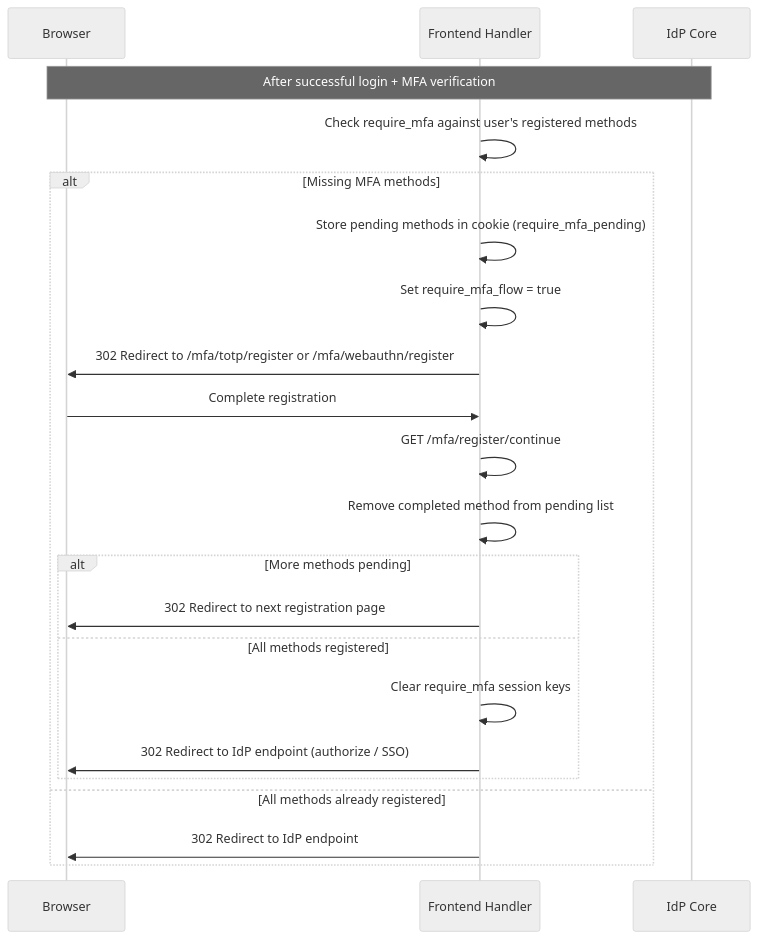
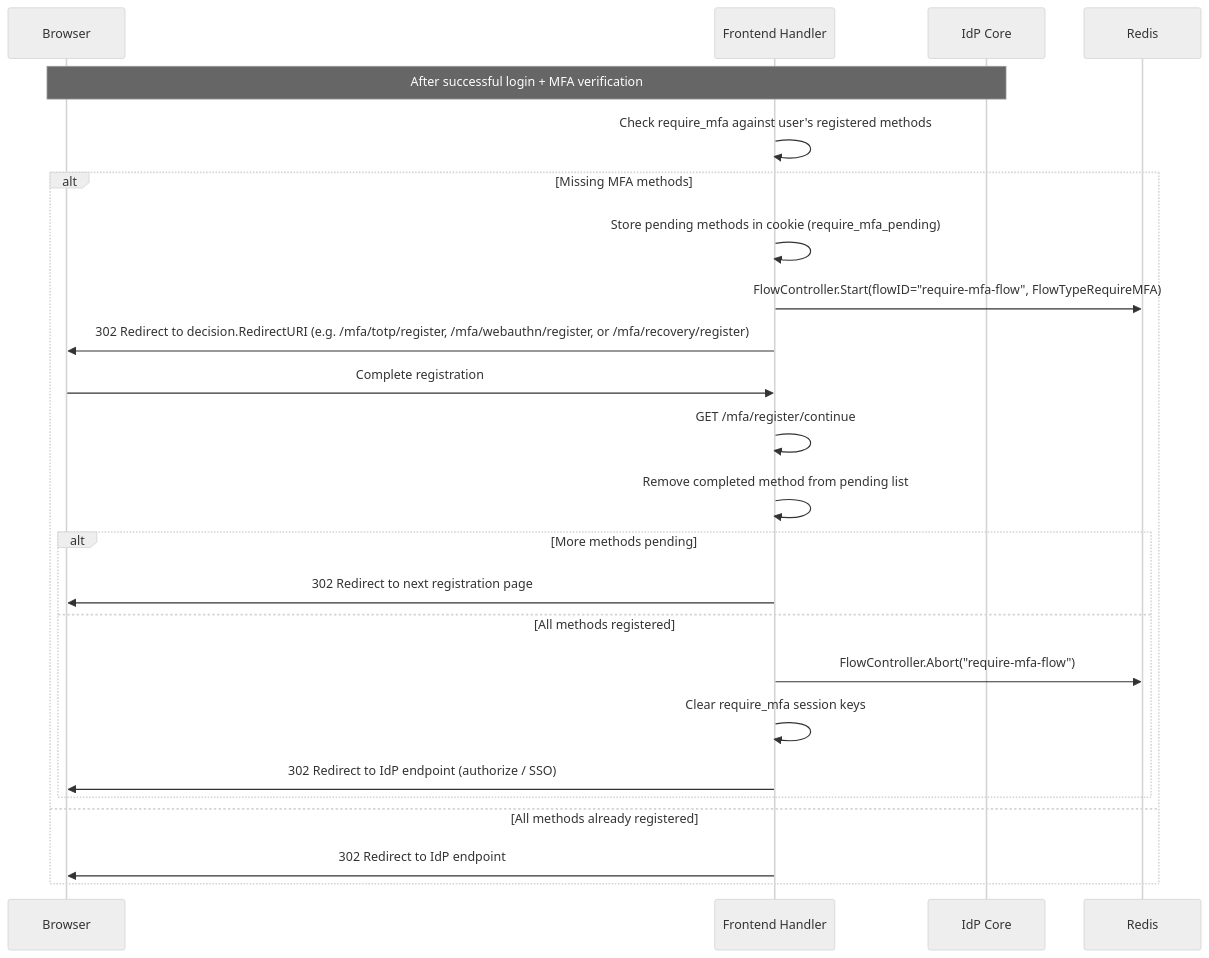
One commit to croessner/nauthilus changed the fifth of 9 diagrams in server/docs/idp.md. Above: the diagram before and after it, drawn with Mermaid (neutral theme). The commit also changed other lines of this file and 43 other files, not shown here.

First line of the commit message:
Feat: Implement IdP flow controller with state transitions and cleanup

````diff
--- a/server/docs/idp.md
+++ b/server/docs/idp.md
@@ -381,24 +414,26 @@
 ```mermaid
 sequenceDiagram
     participant B as Browser
     participant F as Frontend Handler
     participant I as IdP Core
+    participant R as Redis
     Note over B, I: After successful login + MFA verification
     F ->> F: Check require_mfa against user's registered methods
     alt Missing MFA methods
         F ->> F: Store pending methods in cookie (require_mfa_pending)
-        F ->> F: Set require_mfa_flow = true
-        F ->> B: 302 Redirect to /mfa/totp/register or /mfa/webauthn/register
+        F ->> R: FlowController.Start(flowID="require-mfa-flow", FlowTypeRequireMFA)
+        F ->> B: 302 Redirect to decision.RedirectURI (e.g. /mfa/totp/register, /mfa/webauthn/register, or /mfa/recovery/register)
         B ->> F: Complete registration
         F ->> F: GET /mfa/register/continue
         F ->> F: Remove completed method from pending list
         alt More methods pending
             F ->> B: 302 Redirect to next registration page
         else All methods registered
+            F ->> R: FlowController.Abort("require-mfa-flow")
             F ->> F: Clear require_mfa session keys
             F ->> B: 302 Redirect to IdP endpoint (authorize / SSO)
         end
     else All methods already registered
         F ->> B: 302 Redirect to IdP endpoint
     end
 ```
````
